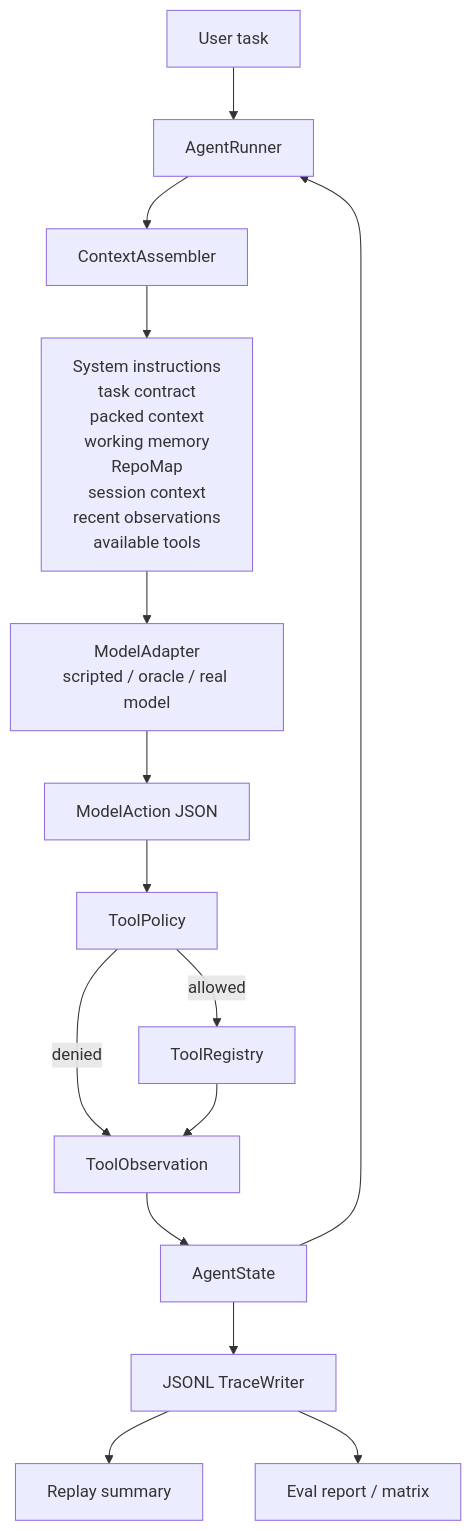
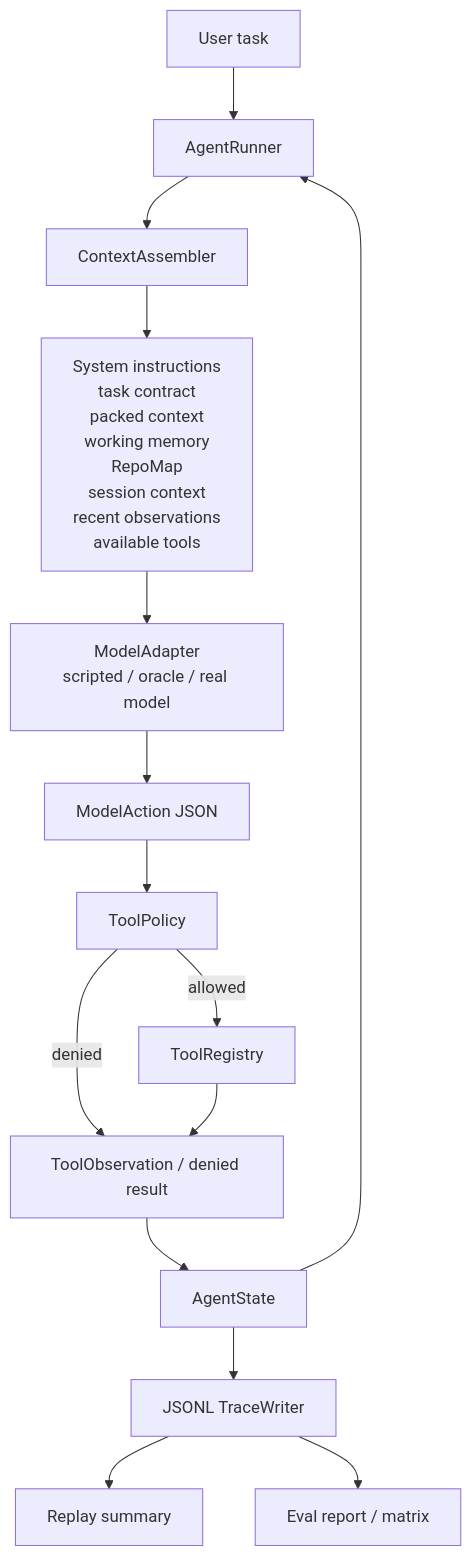
Before and after one commit to LKRCharon/Harness-Coder: the first of 3 diagrams in docs/architecture.md, drawn with Mermaid. The commit also changed other lines of this file and 20 other files, not shown here.

````diff
--- a/docs/architecture.md
+++ b/docs/architecture.md
@@ -8,17 +9,17 @@
 ```mermaid
 flowchart TD
     UserTask["User task"] --> Runner["AgentRunner"]
     Runner --> Context["ContextAssembler"]
     Context --> Prompt["System instructions<br/>task contract<br/>packed context<br/>working memory<br/>RepoMap<br/>session context<br/>recent observations<br/>available tools"]
     Prompt --> Model["ModelAdapter<br/>scripted / oracle / real model"]
     Model --> Action["ModelAction JSON"]
     Action --> Policy["ToolPolicy"]
     Policy -->|allowed| Tools["ToolRegistry"]
-    Policy -->|denied| Observation["ToolObservation"]
+    Policy -->|denied| Observation["ToolObservation / denied result"]
     Tools --> Observation
     Observation --> State["AgentState"]
     State --> Trace["JSONL TraceWriter"]
     Trace --> Replay["Replay summary"]
     Trace --> Eval["Eval report / matrix"]
     State --> Runner
 ```
````
